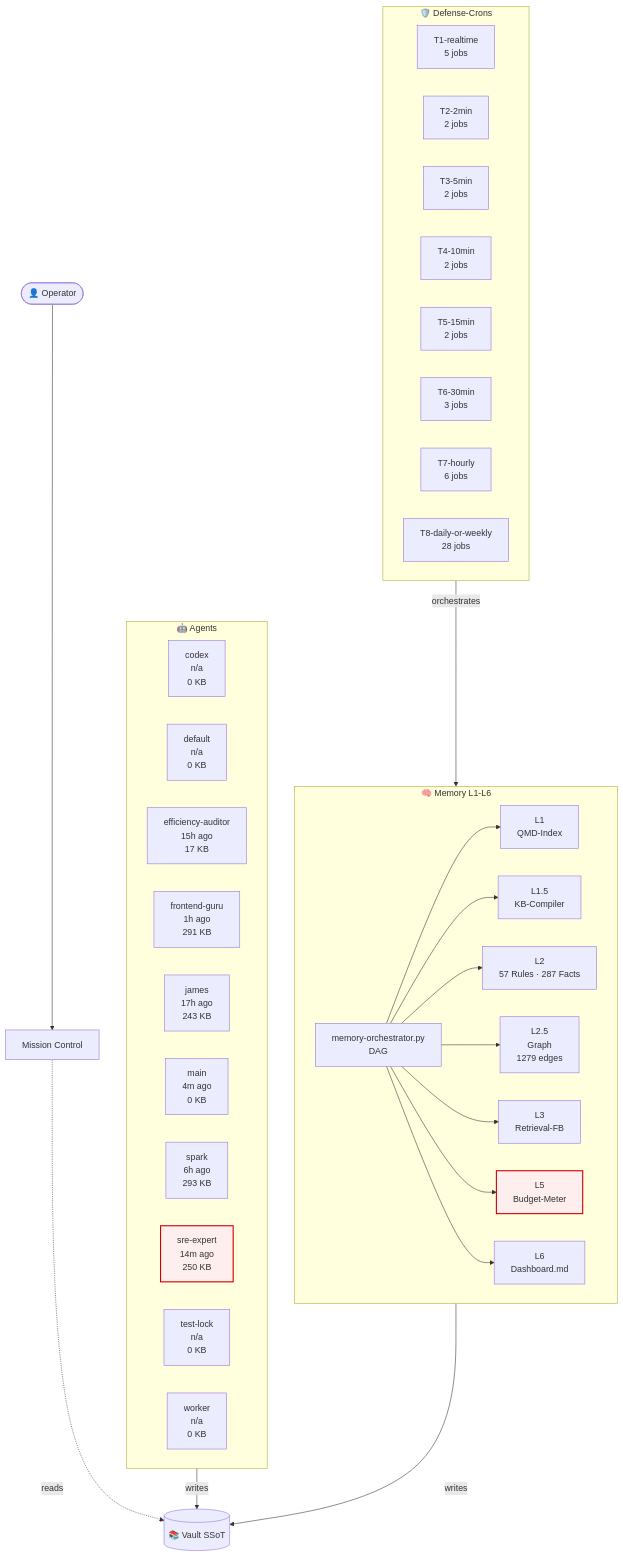
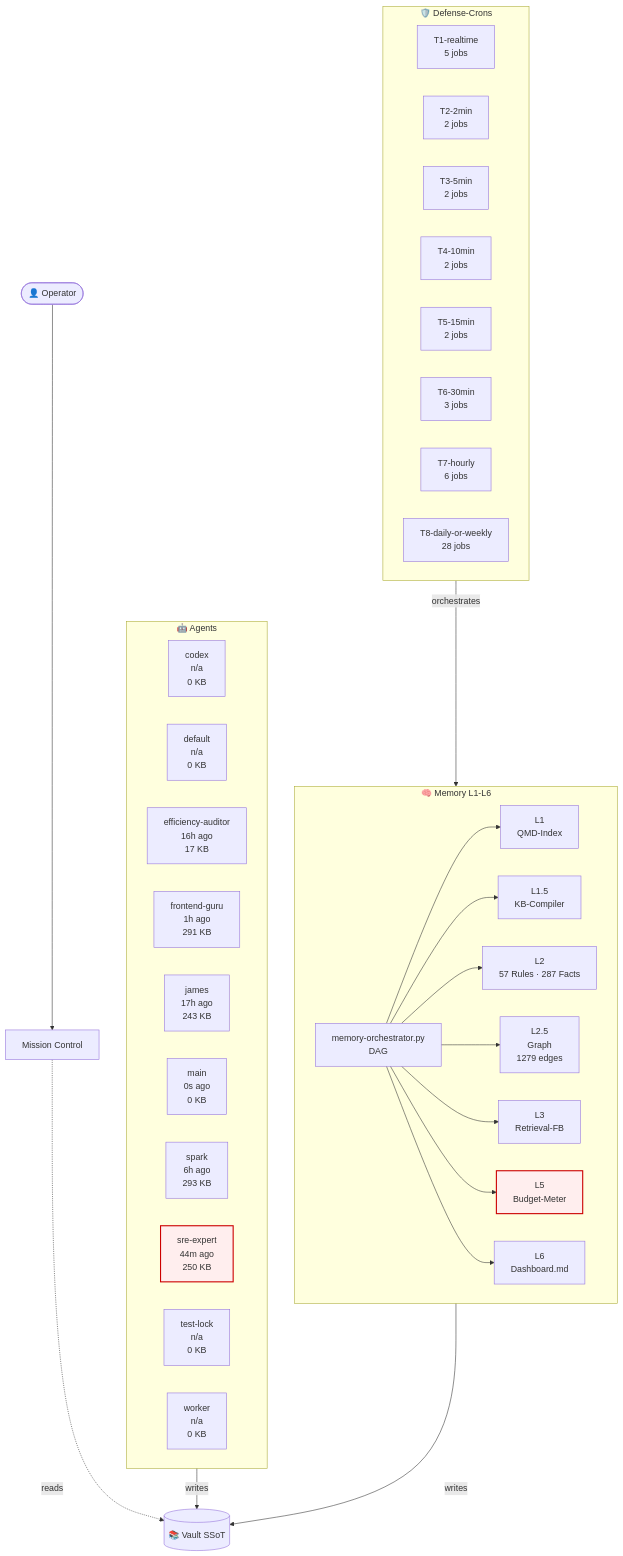
The diagram in 03-Agents/architecture-live.md (lenardhuebner88-rgb/openclaw-memory), drawn with Mermaid before and after one commit. The commit also changed other lines of this file and 14 other files, not shown here.

````diff
--- a/03-Agents/architecture-live.md
+++ b/03-Agents/architecture-live.md
@@ -18,53 +18,53 @@
 ```mermaid
 flowchart TB
     classDef critical fill:#fee,stroke:#c00,stroke-width:2px;
     subgraph AGT["🤖 Agents"]
         agent_codex["codex<br/>n/a<br/>0 KB"]
         agent_default["default<br/>n/a<br/>0 KB"]
-        agent_efficiency_auditor["efficiency-auditor<br/>15h ago<br/>17 KB"]
+        agent_efficiency_auditor["efficiency-auditor<br/>16h ago<br/>17 KB"]
         agent_frontend_guru["frontend-guru<br/>1h ago<br/>291 KB"]
         agent_james["james<br/>17h ago<br/>243 KB"]
-        agent_main["main<br/>4m ago<br/>0 KB"]
+        agent_main["main<br/>0s ago<br/>0 KB"]
         agent_spark["spark<br/>6h ago<br/>293 KB"]
-        agent_sre_expert["sre-expert<br/>14m ago<br/>250 KB"]
+        agent_sre_expert["sre-expert<br/>44m ago<br/>250 KB"]
         agent_test_lock["test-lock<br/>n/a<br/>0 KB"]
         agent_worker["worker<br/>n/a<br/>0 KB"]
     end
     subgraph MEM["🧠 Memory L1-L6"]
         L1["L1<br/>QMD-Index"]
         L15["L1.5<br/>KB-Compiler"]
         L2["L2<br/>57 Rules · 287 Facts"]
         L25["L2.5<br/>Graph<br/>1279 edges"]
         L3["L3<br/>Retrieval-FB"]
         L5["L5<br/>Budget-Meter"]
         L6["L6<br/>Dashboard.md"]
         ORCH["memory-orchestrator.py<br/>DAG"]
     end
     subgraph CRN["🛡️ Defense-Crons"]
         tier_T1_realtime["T1-realtime<br/>5 jobs"]
         tier_T2_2min["T2-2min<br/>2 jobs"]
         tier_T3_5min["T3-5min<br/>2 jobs"]
         tier_T4_10min["T4-10min<br/>2 jobs"]
         tier_T5_15min["T5-15min<br/>2 jobs"]
         tier_T6_30min["T6-30min<br/>3 jobs"]
         tier_T7_hourly["T7-hourly<br/>6 jobs"]
         tier_T8_daily_or_weekly["T8-daily-or-weekly<br/>28 jobs"]
     end
     VAULT[("📚 Vault SSoT")]
     OP([👤 Operator])
     MC["Mission Control"]
     OP --> MC
     MC -.reads.-> VAULT
     AGT -->|writes| VAULT
     MEM -->|writes| VAULT
     ORCH --> L1
     ORCH --> L15
     ORCH --> L2
     ORCH --> L25
     ORCH --> L3
     ORCH --> L5
     ORCH --> L6
     CRN -->|orchestrates| MEM
     class L5 critical
     class agent_sre_expert critical
 ```
````
